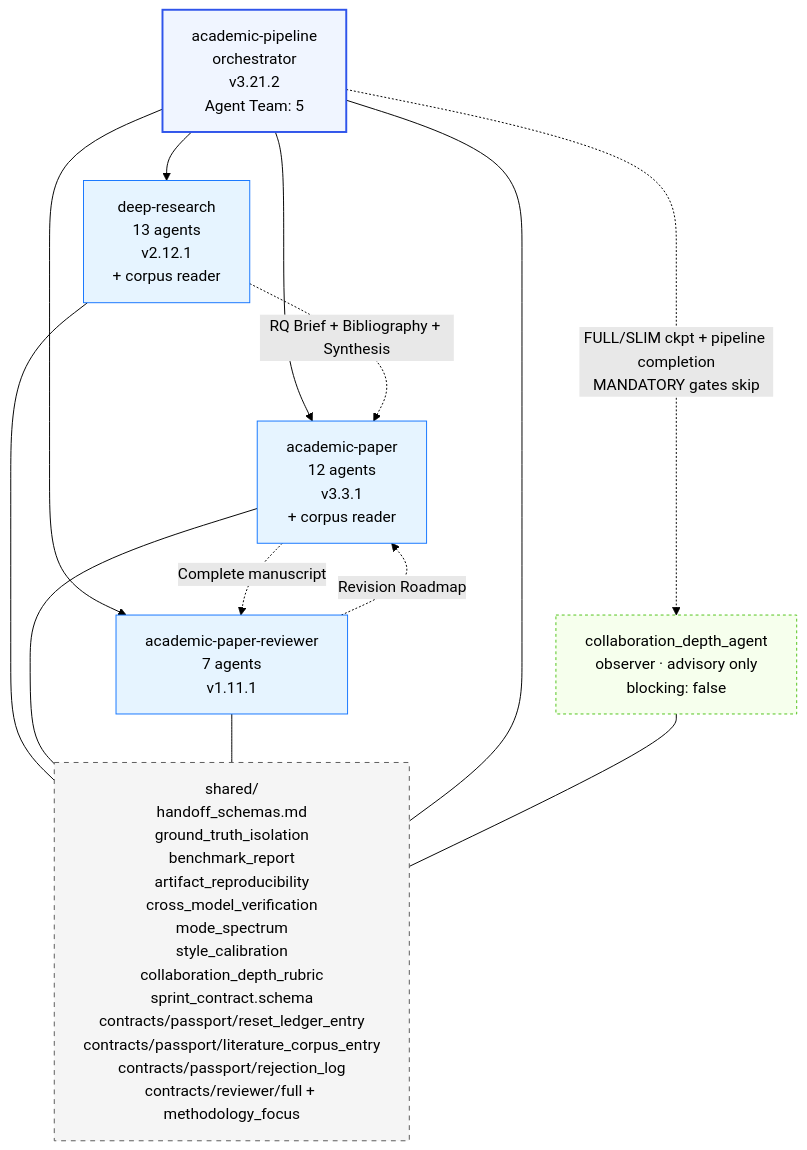
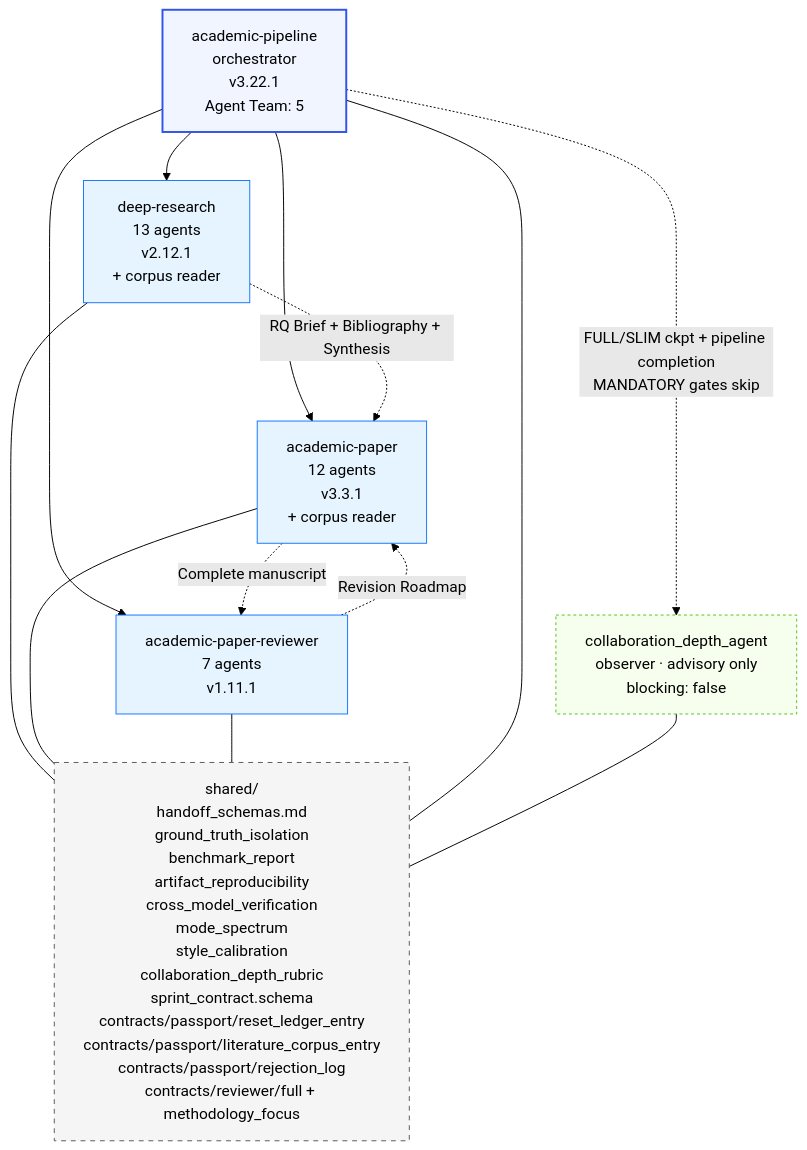
One commit to FiditeNemini/academic-research-skills changed the fourth of 5 diagrams in docs/ARCHITECTURE.md. Above: the diagram before and after it, drawn with Mermaid (forest theme). The commit also changed other lines of this file and 9 other files, not shown here.

````diff
--- a/docs/ARCHITECTURE.md
+++ b/docs/ARCHITECTURE.md
@@ -218,31 +218,31 @@
 ```mermaid
 graph TD
-    Pipeline[academic-pipeline<br/>orchestrator<br/>v3.21.2<br/>Agent Team: 5]
+    Pipeline[academic-pipeline<br/>orchestrator<br/>v3.22.1<br/>Agent Team: 5]
     Observer[collaboration_depth_agent<br/>observer · advisory only<br/>blocking: false]
     DR[deep-research<br/>13 agents<br/>v2.12.1<br/>+ corpus reader]
     AP[academic-paper<br/>12 agents<br/>v3.3.1<br/>+ corpus reader]
     APR[academic-paper-reviewer<br/>7 agents<br/>v1.11.1]
     Shared[shared/<br/>handoff_schemas.md<br/>ground_truth_isolation<br/>benchmark_report<br/>artifact_reproducibility<br/>cross_model_verification<br/>mode_spectrum<br/>style_calibration<br/>collaboration_depth_rubric<br/>sprint_contract.schema<br/>contracts/passport/reset_ledger_entry<br/>contracts/passport/literature_corpus_entry<br/>contracts/passport/rejection_log<br/>contracts/reviewer/full + methodology_focus]
 
     Pipeline --> DR
     Pipeline --> AP
     Pipeline --> APR
     Pipeline -. "FULL/SLIM ckpt + pipeline completion<br/>MANDATORY gates skip" .-> Observer
     DR -. "RQ Brief + Bibliography + Synthesis" .-> AP
     AP -. "Complete manuscript" .-> APR
     APR -. "Revision Roadmap" .-> AP
     DR --- Shared
     AP --- Shared
     APR --- Shared
     Pipeline --- Shared
     Observer --- Shared
 
     classDef orch fill:#f0f5ff,stroke:#2f54eb,stroke-width:2px
     classDef skill fill:#e6f4ff,stroke:#1677ff
     classDef shared fill:#f5f5f5,stroke:#595959,stroke-dasharray:5 5
     classDef observer fill:#f6ffed,stroke:#52c41a,stroke-dasharray:3 3
     class Pipeline orch
     class DR,AP,APR skill
     class Shared shared
     class Observer observer
 ```
````
